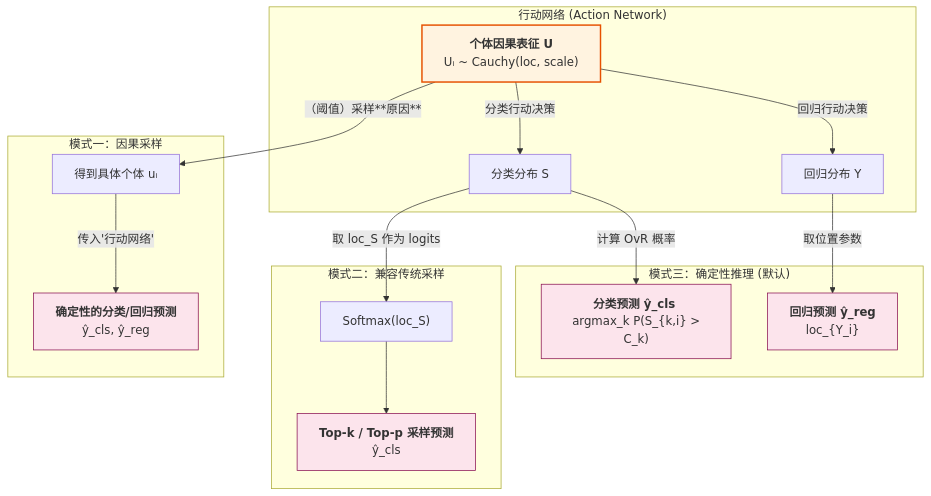
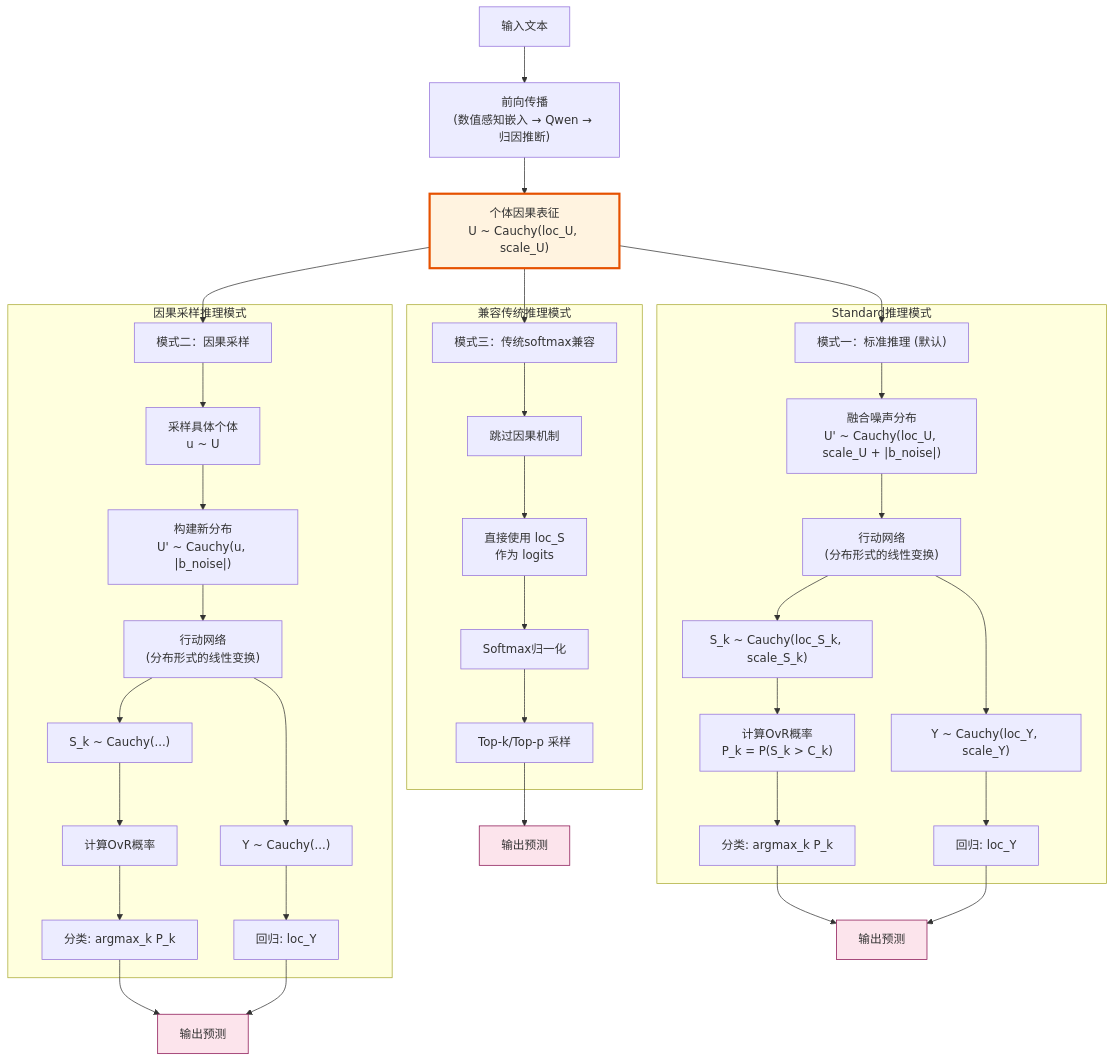
The fourth of 9 diagrams in docs/mathematical_foundations.md (1587causalai/CausalQwen), drawn with Mermaid before and after one commit. The commit also changed other lines of this file and 6 other files, not shown here.

````diff
--- a/docs/mathematical_foundations.md
+++ b/docs/mathematical_foundations.md
@@ -486,31 +448,46 @@
 ```mermaid
-graph TD
-    A["<b>个体因果表征 U</b><br>Uᵢ ~ Cauchy(loc, scale)"];
-
-    subgraph "行动网络 (Action Network)"
-        A -- "分类行动决策" --> B["分类分布 S"];
-        A -- "回归行动决策" --> C["回归分布 Y"];
+graph TB
+    Start["输入文本"] --> Forward["前向传播<br>(数值感知嵌入 → Qwen → 归因推断)"]
+    Forward --> U["个体因果表征<br>U ~ Cauchy(loc_U, scale_U)"]
+    
+    U --> Mode1["模式一：标准推理 (默认)"]
+    U --> Mode2["模式二：因果采样"]
+    U --> Mode3["模式三：传统softmax兼容"]
+    
+    subgraph "Standard推理模式"
+        Mode1 --> Noise1["融合噪声分布<br>U' ~ Cauchy(loc_U, scale_U + |b_noise|)"]
+        Noise1 --> Action1["行动网络<br>(分布形式的线性变换)"]
+        Action1 --> S1["S_k ~ Cauchy(loc_S_k, scale_S_k)"]
+        Action1 --> Y1["Y ~ Cauchy(loc_Y, scale_Y)"]
+        S1 --> OvR1["计算OvR概率<br>P_k = P(S_k > C_k)"]
+        OvR1 --> Cls1["分类: argmax_k P_k"]
+        Y1 --> Reg1["回归: loc_Y"]
     end
-
-    subgraph "模式三：确定性推理 (默认)"
-        B -- "计算 OvR 概率" --> D["<b>分类预测 ŷ_cls </b><br> argmax_k P(S_{k,i} > C_k)"];
-        C -- "取位置参数" --> E["<b>回归预测 ŷ_reg </b><br> loc_{Y_i}"];
+    
+    subgraph "因果采样推理模式"
+        Mode2 --> Sample2["采样具体个体<br>u ~ U"]
+        Sample2 --> Noise2["构建新分布<br>U' ~ Cauchy(u, |b_noise|)"]
+        Noise2 --> Action2["行动网络<br>(分布形式的线性变换)"]
+        Action2 --> S2["S_k ~ Cauchy(...)"]
+        Action2 --> Y2["Y ~ Cauchy(...)"]
+        S2 --> OvR2["计算OvR概率"]
+        OvR2 --> Cls2["分类: argmax_k P_k"]
+        Y2 --> Reg2["回归: loc_Y"]
     end
-    subgraph "模式二：兼容传统采样"
-        B -- "取 loc_S 作为 logits" --> H["Softmax(loc_S)"];
-        H --> I["<b>Top-k / Top-p 采样预测</b> <br> ŷ_cls"];
+    
+    subgraph "兼容传统推理模式"
+        Mode3 --> Skip3["跳过因果机制"]
+        Skip3 --> Logits3["直接使用 loc_S<br>作为 logits"]
+        Logits3 --> Softmax3["Softmax归一化"]
+        Softmax3 --> TopK3["Top-k/Top-p 采样"]
     end
-
-    subgraph "模式一：因果采样"
-        A -- "（阈值）采样**原因**" --> F["得到具体个体 uᵢ"];
-        F -- "传入'行动网络'" --> G["<b>确定性的分类/回归预测</b> <br> ŷ_cls, ŷ_reg"];
-    end
-
-
-
-    style A fill:#fff3e0,stroke:#e65100,stroke-width:2px
-    style D fill:#fce4ec,stroke:#880e4f
-    style E fill:#fce4ec,stroke:#880e4f
-    style G fill:#fce4ec,stroke:#880e4f
-    style I fill:#fce4ec,stroke:#880e4f
+    
+    Cls1 & Reg1 --> Output1["输出预测"]
+    Cls2 & Reg2 --> Output2["输出预测"]
+    TopK3 --> Output3["输出预测"]
+    
+    style U fill:#fff3e0,stroke:#e65100,stroke-width:3px
+    style Output1 fill:#fce4ec,stroke:#880e4f
+    style Output2 fill:#fce4ec,stroke:#880e4f
+    style Output3 fill:#fce4ec,stroke:#880e4f
 ```
````
